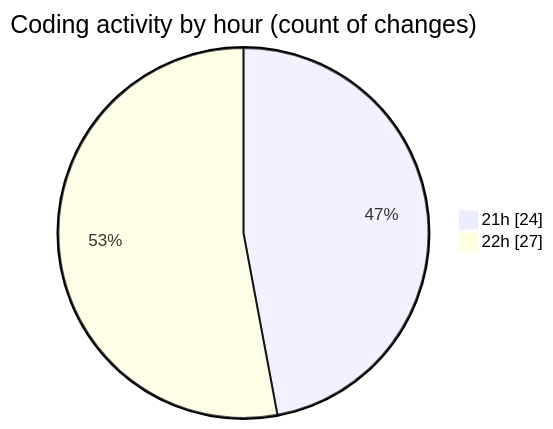
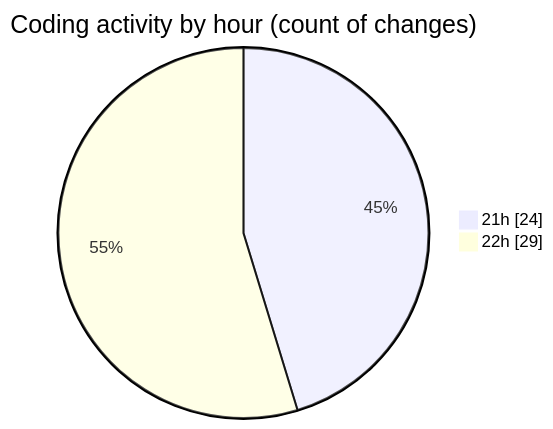
Before and after one commit to IJAZ3593/code-tracking: the second of 2 diagrams in 2025-09-04/tailwind/README.md, drawn with Mermaid. The commit also changed other lines of this file and 1 other file, not shown here.

````diff
--- a/2025-09-04/tailwind/README.md
+++ b/2025-09-04/tailwind/README.md
@@ -36,6 +36,6 @@
 ```mermaid
 pie showData
 title Coding activity by hour (count of changes)
 "21h" : 24
-"22h" : 27
+"22h" : 29
 ```
````
